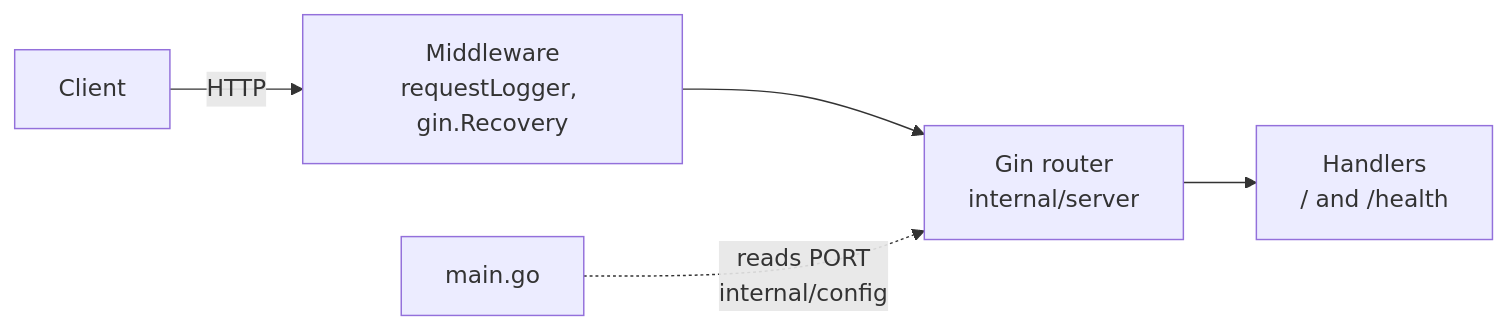
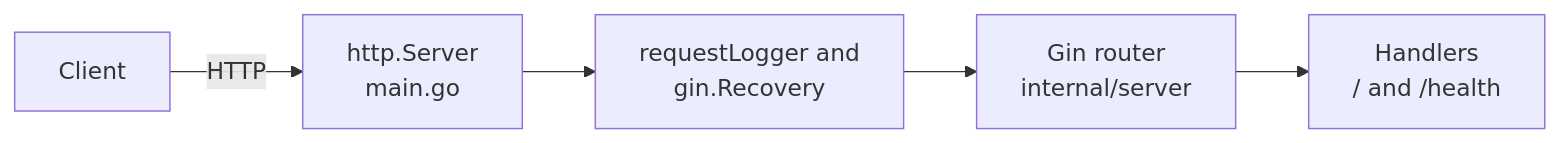
The diagram in starters/starter-gin/README.md (light-cloud-com/templates), drawn with Mermaid before and after one commit. The commit also changed other lines of this file and 2 other files, not shown here.

First line of the commit message:
README: Gin API starter for Go landing page

````diff
--- a/starters/starter-gin/README.md
+++ b/starters/starter-gin/README.md
@@ -28,7 +96,7 @@
 ```mermaid
 flowchart LR
-    client["Client"] -->|HTTP| mw["Middleware<br/>requestLogger, gin.Recovery"]
+    client["Client"] -->|HTTP| srv["http.Server<br/>main.go"]
+    srv --> mw["requestLogger and<br/>gin.Recovery"]
     mw --> router["Gin router<br/>internal/server"]
     router --> handlers["Handlers<br/>/ and /health"]
-    main["main.go"] -.->|"reads PORT<br/>internal/config"| router
 ```
````
